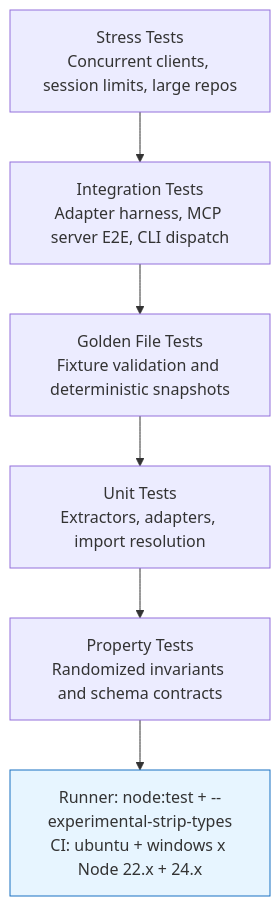
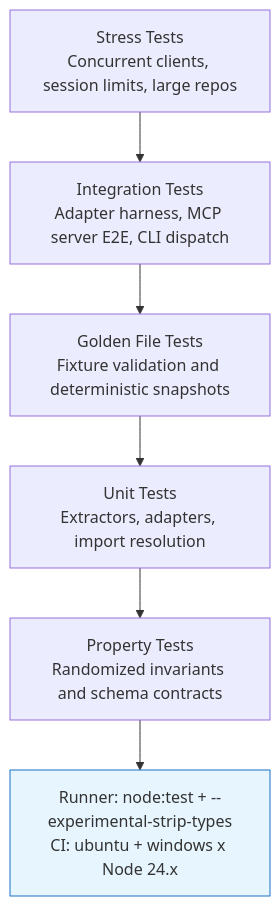
Before and after one commit to GlitterKill/sdl-mcp: the diagram in docs/testing.md, drawn with Mermaid. The commit also changed 12 other files, not shown here.

````diff
--- a/docs/testing.md
+++ b/docs/testing.md
@@ -47,10 +47,10 @@
 ```mermaid
 flowchart TD
     Stress["Stress Tests<br/>Concurrent clients, session limits, large repos"] --> Integration["Integration Tests<br/>Adapter harness, MCP server E2E, CLI dispatch"]
     Integration --> Golden["Golden File Tests<br/>Fixture validation and deterministic snapshots"]
     Golden --> Unit["Unit Tests<br/>Extractors, adapters, import resolution"]
     Unit --> Property["Property Tests<br/>Randomized invariants and schema contracts"]
-    Property --> Runner["Runner: node:test + --experimental-strip-types<br/>CI: ubuntu + windows x Node 22.x + 24.x"]
+    Property --> Runner["Runner: node:test + --experimental-strip-types<br/>CI: ubuntu + windows x Node 24.x"]
 
     style Runner fill:#e7f5ff,stroke:#1971c2
 ```
````
